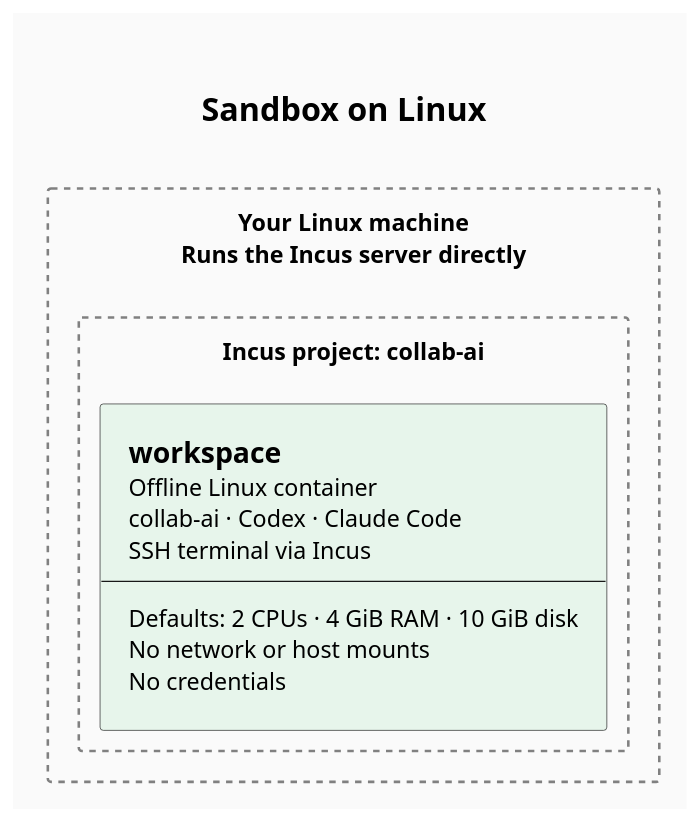
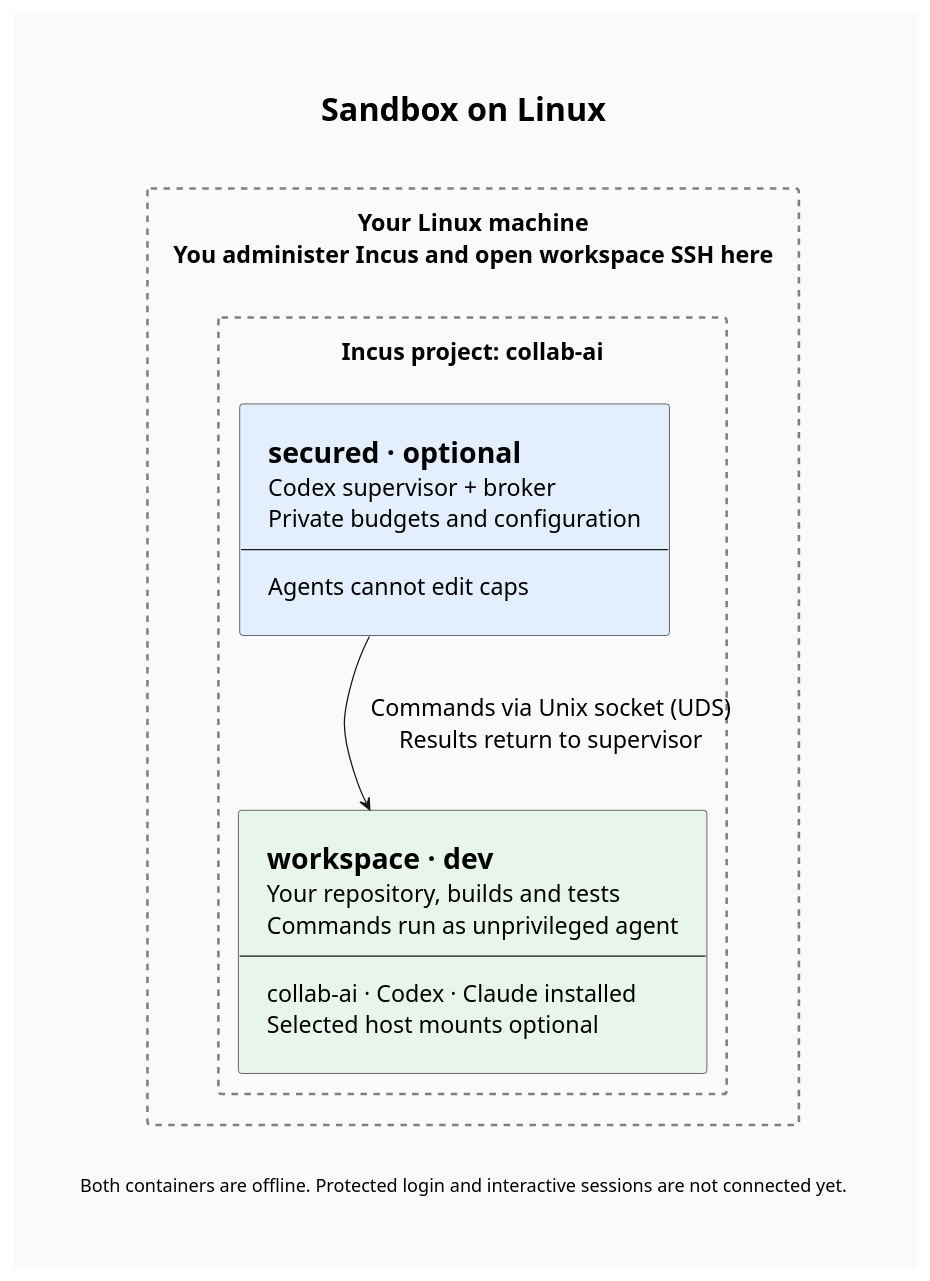
Before and after one commit to makarski/collab-ai: the diagram in docs/assets/sandbox-linux.puml, drawn with PlantUML. The commit also changed 9 other files, not shown here.

Commit message:
docs: draft shared broker architecture and persistent agent storage

```diff
--- a/docs/assets/sandbox-linux.puml
+++ b/docs/assets/sandbox-linux.puml
@@ -1,49 +1,60 @@
 @startuml sandbox-linux
 ' Render from the repository root:
 ' plantuml -tsvg -nometadata docs/assets/sandbox-linux.puml
 
 title Sandbox on Linux
 
 <style>
 title {
     FontSize 25
 }
 document {
     Margin 20
     BackgroundColor #fafafa
 }
 rectangle {
     LineStyle 5
     LineColor #grey
     LineThickness 2
 }
 .Workspace {
     BackgroundColor #e7f5eb
 }
+.Secured {
+    BackgroundColor #e3efff
+}
 </style>
 
 hide stereotype
 skinparam {
     backgroundColor #fafafa
     shadowing false
     componentStyle rectangle
     defaultFontSize 18
     padding 12
 }
 
-rectangle "Your Linux machine\nRuns the Incus server directly" as Host {
+rectangle "Your Linux machine\nYou administer Incus and open workspace SSH here" as Host {
 rectangle "Incus project: collab-ai" as Project {
+    component Secured <<Secured>> [
+        =secured · optional
+        Codex supervisor + broker
+        Private budgets and configuration
+        --
+        Agents cannot edit caps
+    ]
     component Workspace <<Workspace>> [
-        =workspace
-        Offline Linux container
-        collab-ai · Codex · Claude Code
-        SSH terminal via Incus
+        =workspace · dev
+        Your repository, builds and tests
+        Commands run as unprivileged agent
         --
-        Defaults: 2 CPUs · 4 GiB RAM · 10 GiB disk
-        No network or host mounts
-        No credentials
+        collab-ai · Codex · Claude installed
+        Selected host mounts optional
     ]
 }
+Secured -down-> Workspace : Commands via Unix socket (UDS)\nResults return to supervisor
 }
 
+caption Both containers are offline. Protected login and interactive sessions are not connected yet.
+
 @enduml
```
